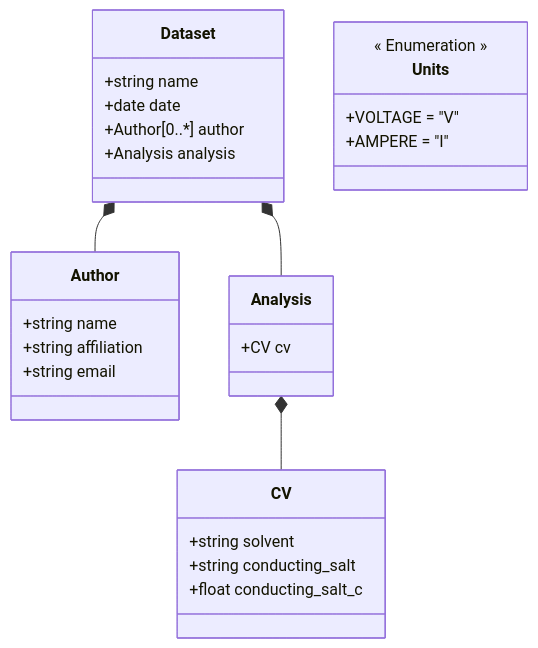
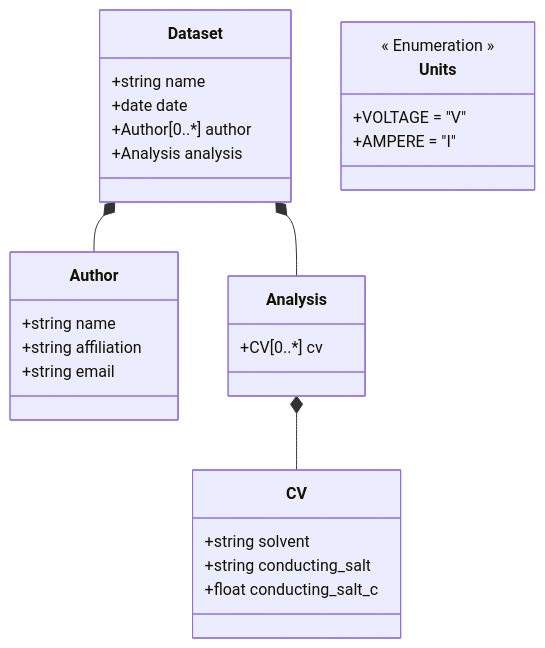
Before and after one commit to FAIRChemistry/datamodel-electrochemistry: the diagram in ElectrochemistryDataModel/schemes/Datamodel for Electrochemistry.md, drawn with Mermaid. The commit also changed 5 other files, not shown here.

````diff
--- a/ElectrochemistryDataModel/schemes/Datamodel for Electrochemistry.md
+++ b/ElectrochemistryDataModel/schemes/Datamodel for Electrochemistry.md
@@ -1,36 +1,36 @@
 ```mermaid
 classDiagram
     Dataset *-- Author
     Dataset *-- Analysis
     Analysis *-- CV
     
     class Dataset {
         +string name
         +date date
         +Author[0..*] author
         +Analysis analysis
     }
     
     class Analysis {
-        +CV cv
+        +CV[0..*] cv
     }
     
     class CV {
         +string solvent
         +string conducting_salt
         +float conducting_salt_c
     }
     
     class Author {
         +string name
         +string affiliation
         +string email
     }
     
     class Units {
         << Enumeration >>
         +VOLTAGE = "V"
         +AMPERE = "I"
     }
     
 ```
````
